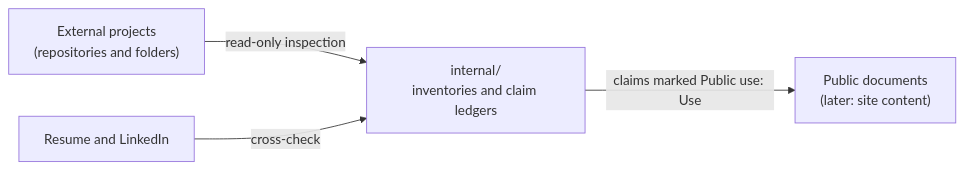
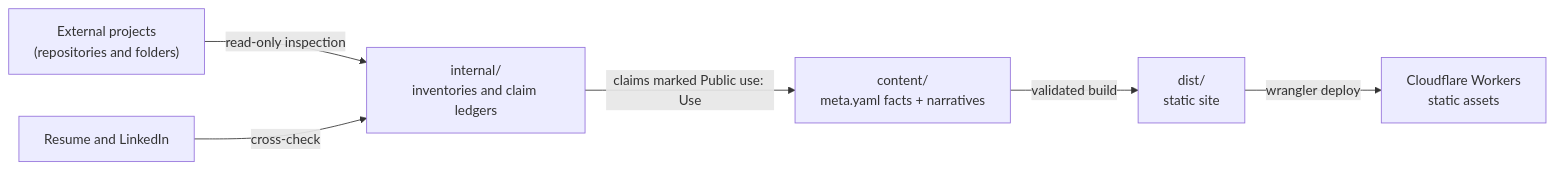
The first of 2 diagrams in ARCHITECTURE.md (YigeWang1221/personal_portfolio), drawn with Mermaid before and after one commit. The commit also changed other lines of this file and 142 other files, not shown here.

````diff
--- a/ARCHITECTURE.md
+++ b/ARCHITECTURE.md
@@ -25,7 +30,9 @@
 ```mermaid
 %% CURRENT
 flowchart LR
   EP["External projects<br/>(repositories and folders)"] -- read-only inspection --> INV["internal/<br/>inventories and claim ledgers"]
   RES["Resume and LinkedIn"] -- cross-check --> INV
-  INV -- "claims marked Public use: Use" --> PUB["Public documents<br/>(later: site content)"]
+  INV -- "claims marked Public use: Use" --> CON["content/<br/>meta.yaml facts + narratives"]
+  CON -- "validated build" --> SITE["dist/<br/>static site"]
+  SITE -- "wrangler deploy" --> CF["Cloudflare Workers<br/>static assets"]
 ```
````
